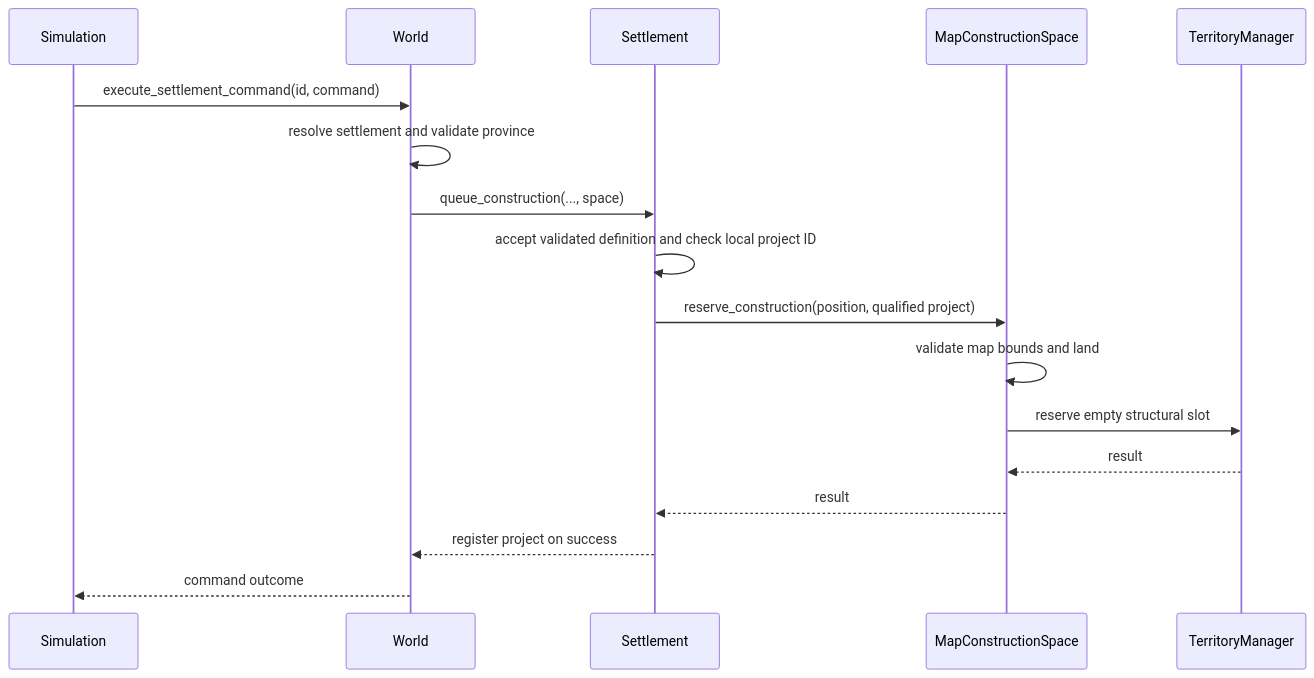
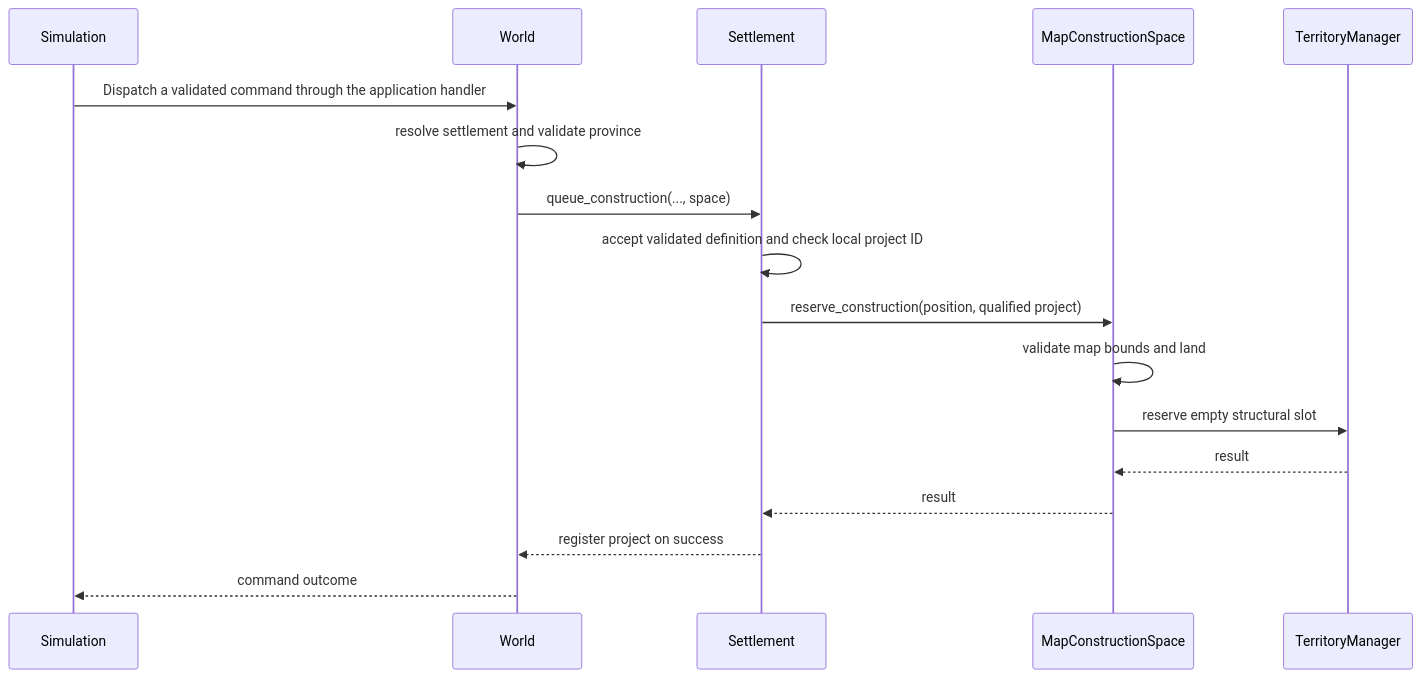
Before and after one commit to KMaksymilian/marl-grand-strategy-game: the second of 2 diagrams in docs/architecture/overview/settlement_boundaries.md, drawn with Mermaid. The commit also changed 37 other files, not shown here.

````diff
--- a/docs/architecture/overview/settlement_boundaries.md
+++ b/docs/architecture/overview/settlement_boundaries.md
@@ -59,19 +59,19 @@
 ```mermaid
 sequenceDiagram
     participant Sim as Simulation
     participant W as World
     participant S as Settlement
     participant E as MapConstructionSpace
     participant T as TerritoryManager
-    Sim->>W: execute_settlement_command(id, command)
+    Sim->>W: Dispatch a validated command through the application handler
     W->>W: resolve settlement and validate province
     W->>S: queue_construction(..., space)
     S->>S: accept validated definition and check local project ID
     S->>E: reserve_construction(position, qualified project)
     E->>E: validate map bounds and land
     E->>T: reserve empty structural slot
     T-->>E: result
     E-->>S: result
     S-->>W: register project on success
     W-->>Sim: command outcome
 ```
````
